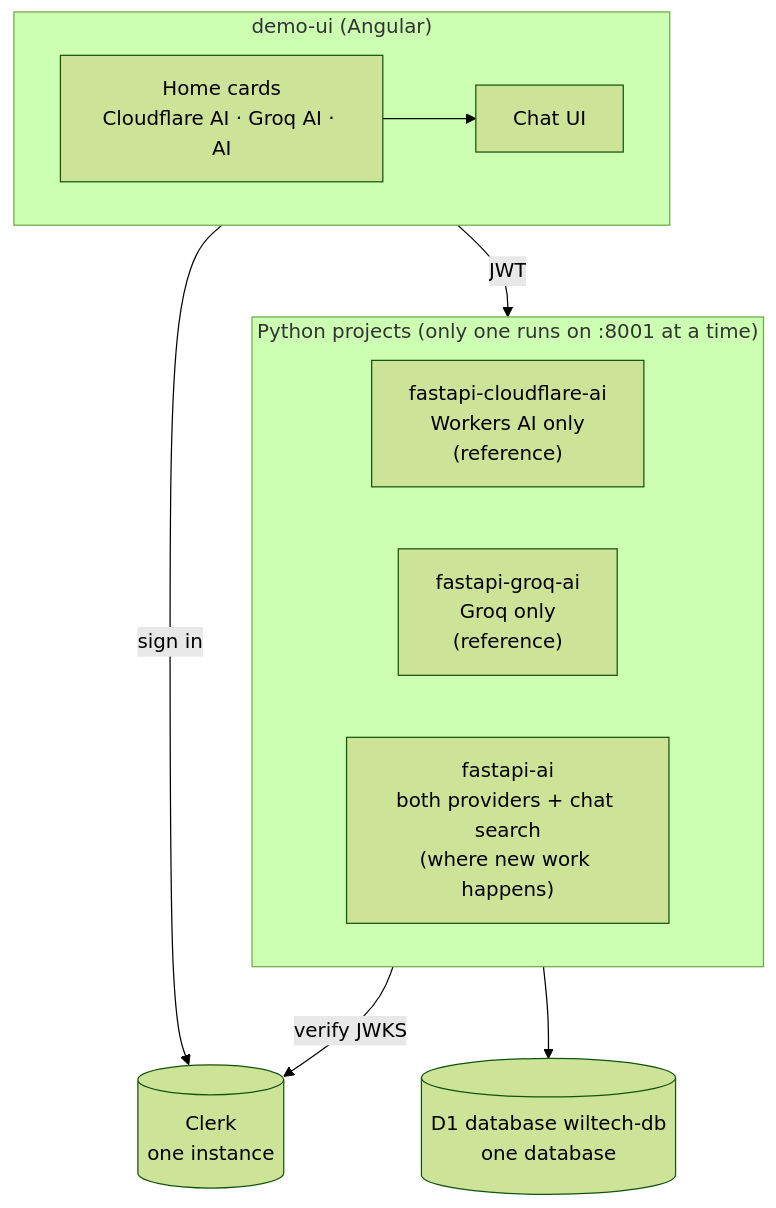
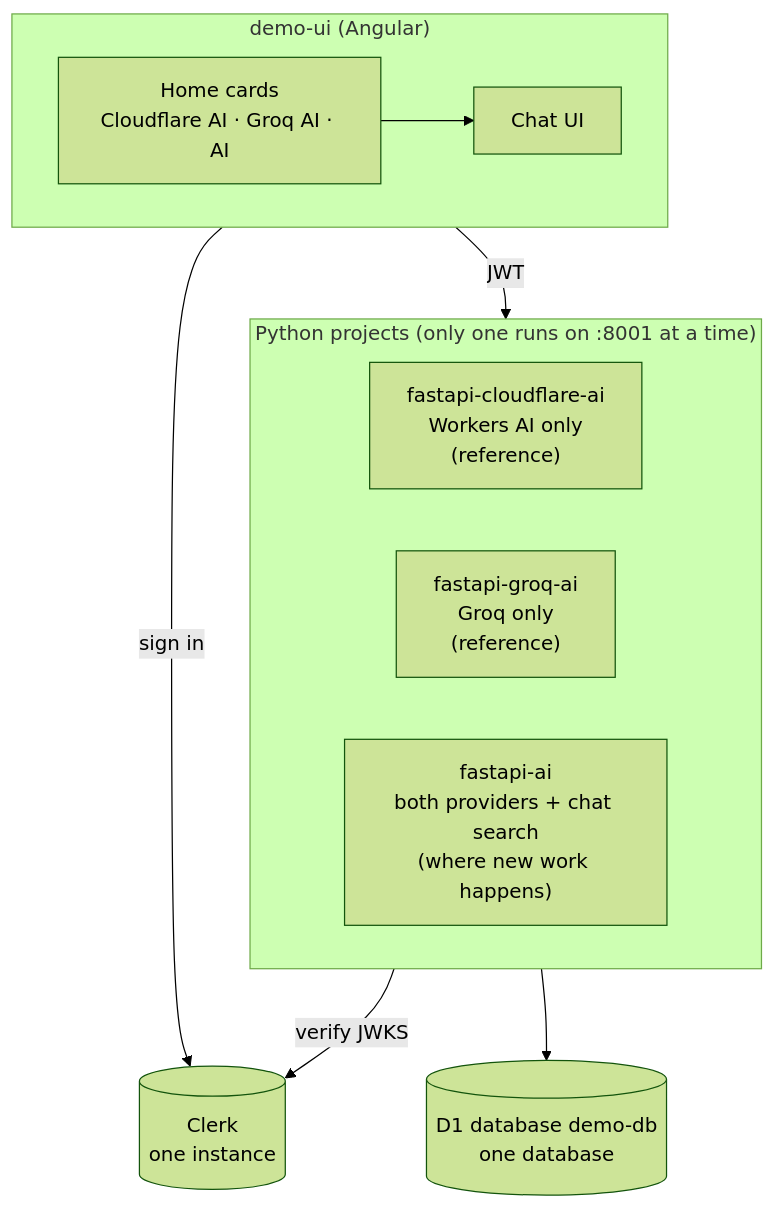
One commit to wilferraciolli/PythonTutorials changed the first of 6 diagrams in Tutorials/fastapi-ai/docs/architecture.md. Above: the diagram before and after it, drawn with Mermaid (forest theme). The commit also changed 4 other files, not shown here.

Commit message:
fastapi-ai: the D1 database is demo-db, not wiltech-db; document migration 013 for D1

````diff
--- a/Tutorials/fastapi-ai/docs/architecture.md
+++ b/Tutorials/fastapi-ai/docs/architecture.md
@@ -7,22 +7,22 @@
 ```mermaid
 flowchart TB
     subgraph UI["demo-ui (Angular)"]
         Home[Home cards<br/>Cloudflare AI · Groq AI · AI]
         ChatUI[Chat UI]
     end
 
     subgraph Py["Python projects (only one runs on :8001 at a time)"]
         CF["fastapi-cloudflare-ai<br/>Workers AI only<br/>(reference)"]
         GQ["fastapi-groq-ai<br/>Groq only<br/>(reference)"]
         AIP["fastapi-ai<br/>both providers + chat search<br/>(where new work happens)"]
     end
 
     Clerk[(Clerk<br/>one instance)]
-    D1[(D1 database wiltech-db<br/>one database)]
+    D1[(D1 database demo-db<br/>one database)]
 
     Home --> ChatUI
     UI -- JWT --> Py
     UI -- sign in --> Clerk
     Py -- verify JWKS --> Clerk
     Py --> D1
 ```
````
